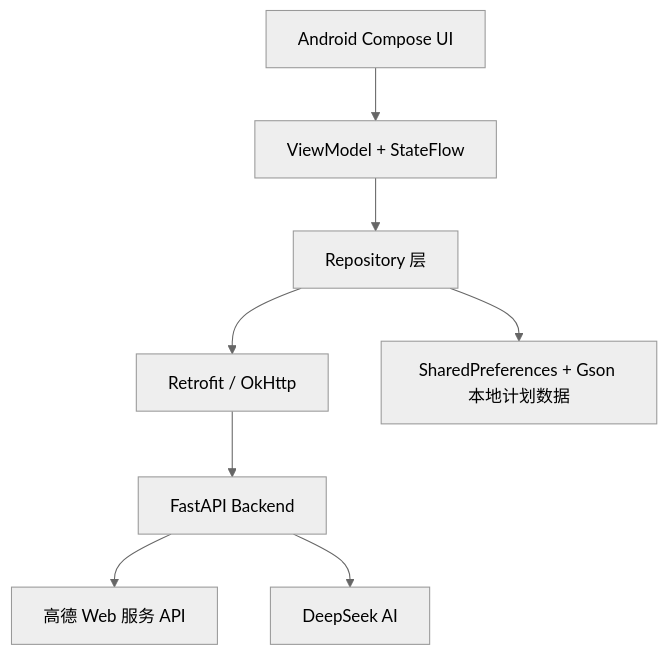
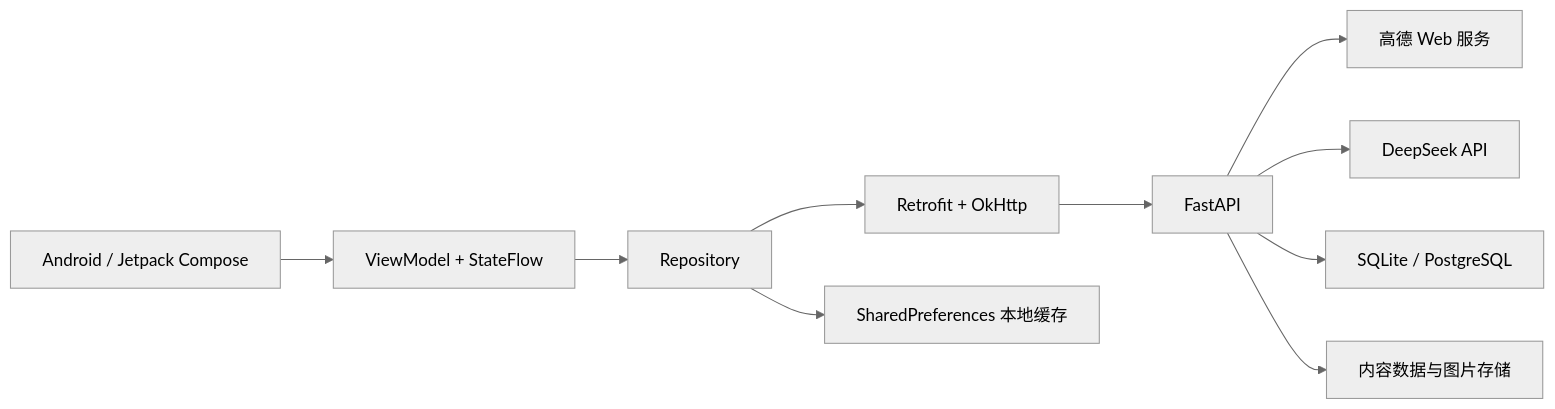
The diagram in README.md (Smile-hyc/travel-app), drawn with Mermaid (neutral theme) before and after one commit. The commit also changed other lines of this file, not shown here.

````diff
--- a/README.md
+++ b/README.md
@@ -72,10 +55,12 @@
 ```mermaid
-flowchart TD
-    A["Android Compose UI"] --> B["ViewModel + StateFlow"]
-    B --> C["Repository 层"]
-    C --> D["Retrofit / OkHttp"]
-    D --> E["FastAPI Backend"]
-    E --> F["高德 Web 服务 API"]
-    E --> G["DeepSeek AI"]
-    C --> H["SharedPreferences + Gson 本地计划数据"]
+flowchart LR
+    A["Android / Jetpack Compose"] --> B["ViewModel + StateFlow"]
+    B --> C["Repository"]
+    C --> D["Retrofit + OkHttp"]
+    D --> E["FastAPI"]
+    E --> F["高德 Web 服务"]
+    E --> G["DeepSeek API"]
+    E --> H["SQLite / PostgreSQL"]
+    E --> I["内容数据与图片存储"]
+    C --> J["SharedPreferences 本地缓存"]
 ```
````
